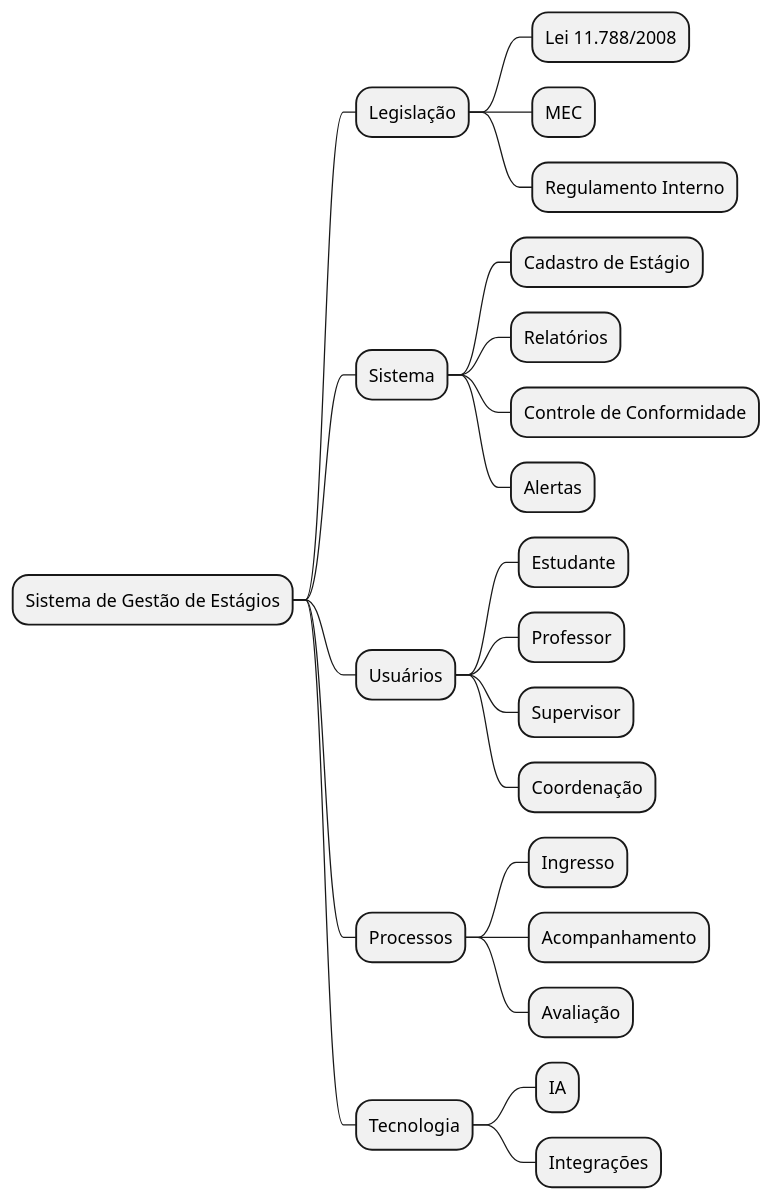
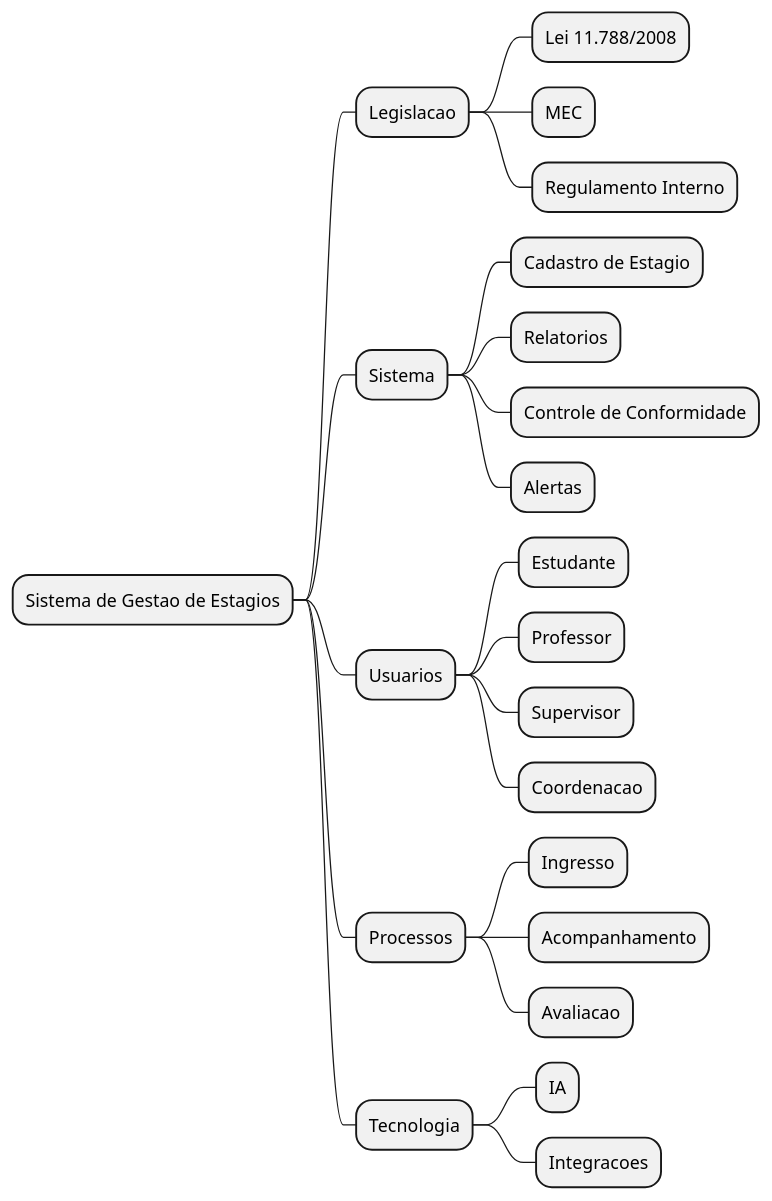
Before and after one commit to Projetos-de-Extensao/PBE_26.1_8001_VI: the diagram in docs/Iniciacao/mapa_mental.md, drawn with PlantUML. The commit also changed other lines of this file and 6 other files, not shown here.

````diff
--- a/docs/Iniciacao/mapa_mental.md
+++ b/docs/Iniciacao/mapa_mental.md
@@ -37,30 +25,30 @@
 ```plantuml
 @startmindmap
-* Sistema de Gestão de Estágios
-** Legislação
+* Sistema de Gestao de Estagios
+** Legislacao
 *** Lei 11.788/2008
 *** MEC
 *** Regulamento Interno
 
 ** Sistema
-*** Cadastro de Estágio
-*** Relatórios
+*** Cadastro de Estagio
+*** Relatorios
 *** Controle de Conformidade
 *** Alertas
 
-** Usuários
+** Usuarios
 *** Estudante
 *** Professor
 *** Supervisor
-*** Coordenação
+*** Coordenacao
 
 ** Processos
 *** Ingresso
 *** Acompanhamento
-*** Avaliação
+*** Avaliacao
 
 ** Tecnologia
 *** IA
-*** Integrações
+*** Integracoes
 @endmindmap
 ```
````
